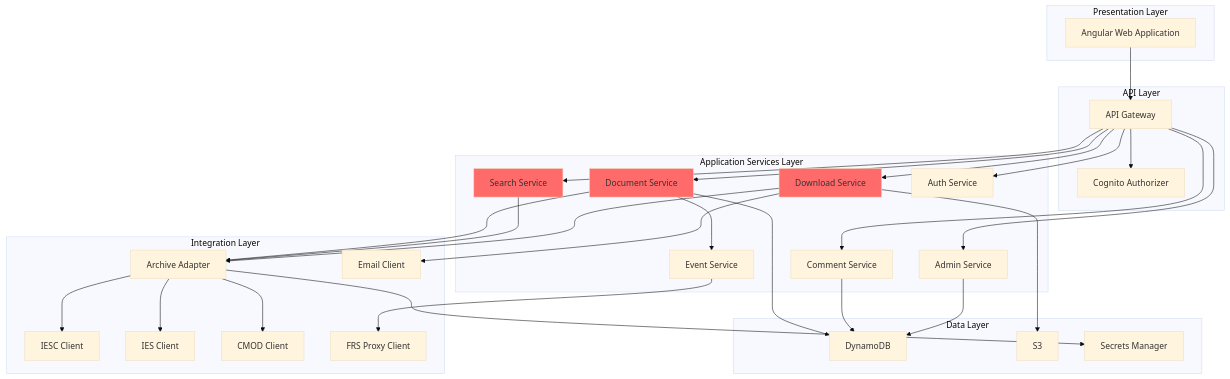
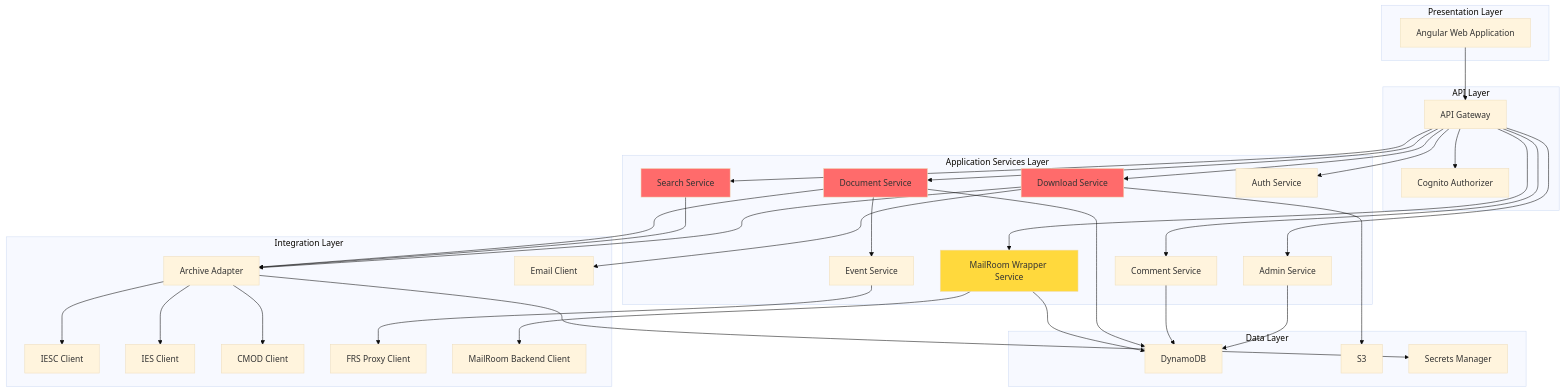
The first of 5 diagrams in docs/architecture/02-application-architecture.md (onesphereai/viewdocs-cloud), drawn with Mermaid (base theme) before and after one commit. The commit also changed other lines of this file and 2 other files, not shown here.

First line of the commit message:
Add MailRoom integration architecture documentation - Part 2

````diff
--- a/docs/architecture/02-application-architecture.md
+++ b/docs/architecture/02-application-architecture.md
@@ -13,68 +13,75 @@
 ```mermaid
 graph TB
     subgraph "Presentation Layer"
         WebApp[Angular Web Application]
     end
 
     subgraph "API Layer"
         APIGW[API Gateway]
         CogAuth[Cognito Authorizer]
     end
 
     subgraph "Application Services Layer"
         DocSvc[Document Service]
         SearchSvc[Search Service]
         DownloadSvc[Download Service]
         CommentSvc[Comment Service]
         AdminSvc[Admin Service]
         AuthSvc[Auth Service]
         EventSvc[Event Service]
+        MailRoomSvc[MailRoom Wrapper Service]
     end
 
     subgraph "Integration Layer"
         ArchiveAdapter[Archive Adapter]
         IESCClient[IESC Client]
         IESClient[IES Client]
         CMODClient[CMOD Client]
         FRSClient[FRS Proxy Client]
         EmailClient[Email Client]
+        MailRoomClient[MailRoom Backend Client]
     end
 
     subgraph "Data Layer"
         DDB[DynamoDB]
         S3[S3]
         Secrets[Secrets Manager]
     end
 
     WebApp --> APIGW
     APIGW --> CogAuth
     APIGW --> DocSvc
     APIGW --> SearchSvc
     APIGW --> DownloadSvc
     APIGW --> CommentSvc
     APIGW --> AdminSvc
     APIGW --> AuthSvc
+    APIGW --> MailRoomSvc
 
     DocSvc --> ArchiveAdapter
     SearchSvc --> ArchiveAdapter
     DownloadSvc --> ArchiveAdapter
 
     ArchiveAdapter --> IESCClient
     ArchiveAdapter --> IESClient
     ArchiveAdapter --> CMODClient
 
     DocSvc --> EventSvc
     EventSvc --> FRSClient
     DownloadSvc --> EmailClient
 
+    MailRoomSvc --> MailRoomClient
+    MailRoomSvc --> DDB
+
     DocSvc --> DDB
     CommentSvc --> DDB
     AdminSvc --> DDB
     DownloadSvc --> S3
 
     ArchiveAdapter --> Secrets
 
     style DocSvc fill:#FF6B6B
     style SearchSvc fill:#FF6B6B
     style DownloadSvc fill:#FF6B6B
+    style MailRoomSvc fill:#FFD93D
 ```
````
